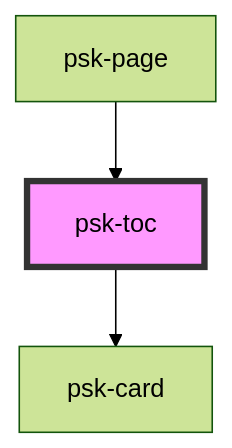
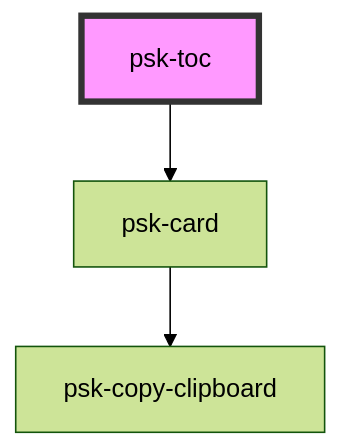
The diagram in src/components/pages-components/readme.md (daniel-visoiu/cardinal), drawn with Mermaid (forest theme) before and after one commit. The commit also changed other lines of this file and 10 other files, not shown here.

Commit message:
Finished TOC - created copy to clipboard functionality in a separate component

````diff
--- a/src/components/pages-components/readme.md
+++ b/src/components/pages-components/readme.md
@@ -28,6 +22,6 @@
 ```mermaid
 graph TD;
   psk-toc --> psk-card
-  psk-page --> psk-toc
+  psk-card --> psk-copy-clipboard
   style psk-toc fill:#f9f,stroke:#333,stroke-width:4px
 ```
````
